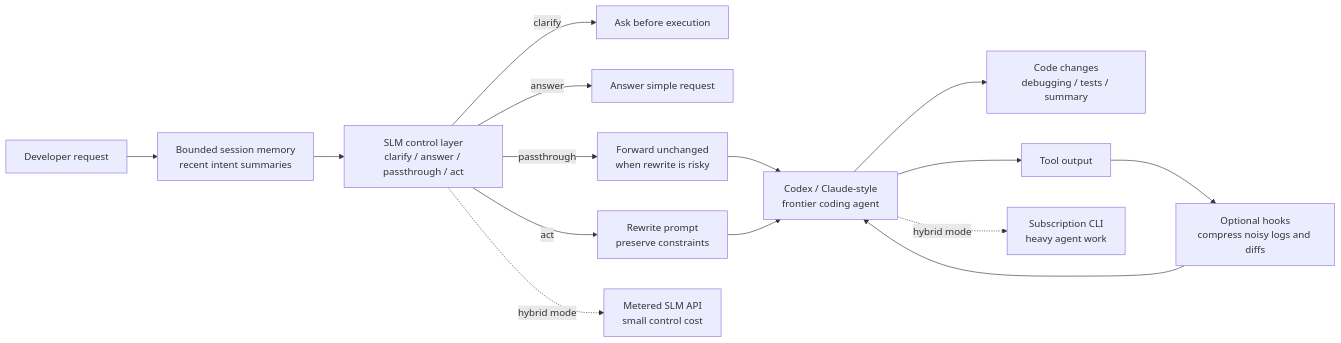
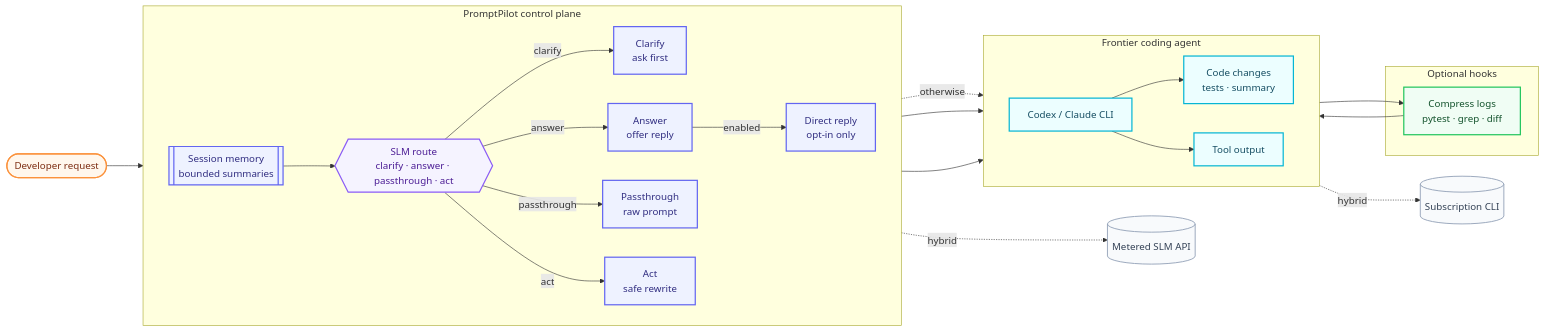
Before and after one commit to steyangdot/PromptPilot: the diagram in README.md, drawn with Mermaid. The commit also changed other lines of this file, not shown here.

Commit message:
docs: fix README workflow diagram clipping

````diff
--- a/README.md
+++ b/README.md
@@ -17,21 +17,54 @@
 ```mermaid
+%%{init: {"flowchart": {"curve": "basis", "nodeSpacing": 48, "rankSpacing": 60}}}%%
 flowchart LR
-  U["Developer request"] --> M["Bounded session memory<br/>recent intent summaries"]
-  M --> C["SLM control layer<br/>clarify / answer / passthrough / act"]
+  U([Developer request])
 
-  C -->|clarify| Q["Ask before execution"]
-  C -->|answer| A["Answer simple request"]
-  C -->|passthrough| P["Forward unchanged<br/>when rewrite is risky"]
-  C -->|act| R["Rewrite prompt<br/>preserve constraints"]
+  subgraph PP["PromptPilot control plane"]
+    direction LR
+    M[["Session memory<br/>bounded summaries"]]
+    C{{"SLM route<br/>clarify · answer · passthrough · act"}}
+    Q["Clarify<br/>ask first"]
+    A["Answer<br/>offer reply"]
+    D["Direct reply<br/>opt-in only"]
+    P["Passthrough<br/>raw prompt"]
+    R["Act<br/>safe rewrite"]
+  end
 
-  P --> F["Codex / Claude-style<br/>frontier coding agent"]
-  R --> F
-  F --> O["Code changes<br/>debugging / tests / summary"]
+  subgraph AG["Frontier coding agent"]
+    direction LR
+    F["Codex / Claude CLI"]
+    O["Code changes<br/>tests · summary"]
+    T["Tool output"]
+  end
 
-  F --> T["Tool output"]
-  T --> H["Optional hooks<br/>compress noisy logs and diffs"]
-  H --> F
+  subgraph HK["Optional hooks"]
+    H["Compress logs<br/>pytest · grep · diff"]
+  end
 
-  C -. "hybrid mode" .-> API["Metered SLM API<br/>small control cost"]
-  F -. "hybrid mode" .-> SUB["Subscription CLI<br/>heavy agent work"]
+  U --> M --> C
+  C -->|clarify| Q
+  C -->|answer| A
+  A -->|enabled| D
+  A -.->|otherwise| F
+  C -->|passthrough| P --> F
+  C -->|act| R --> F
+  F --> O
+  F --> T --> H --> F
+
+  C -. "hybrid" .-> API[("Metered SLM API")]
+  F -. "hybrid" .-> SUB[("Subscription CLI")]
+
+  classDef entry fill:#fff7ed,stroke:#fb923c,stroke-width:2px,color:#7c2d12;
+  classDef control fill:#eef2ff,stroke:#6366f1,stroke-width:2px,color:#312e81;
+  classDef route fill:#f5f3ff,stroke:#8b5cf6,stroke-width:2px,color:#4c1d95;
+  classDef agent fill:#ecfeff,stroke:#06b6d4,stroke-width:2px,color:#164e63;
+  classDef hook fill:#f0fdf4,stroke:#22c55e,stroke-width:2px,color:#14532d;
+  classDef infra fill:#f8fafc,stroke:#94a3b8,stroke-width:1.5px,color:#334155;
+
+  class U entry;
+  class M,Q,A,D,P,R control;
+  class C route;
+  class F,O,T agent;
+  class H hook;
+  class API,SUB infra;
 ```
````
